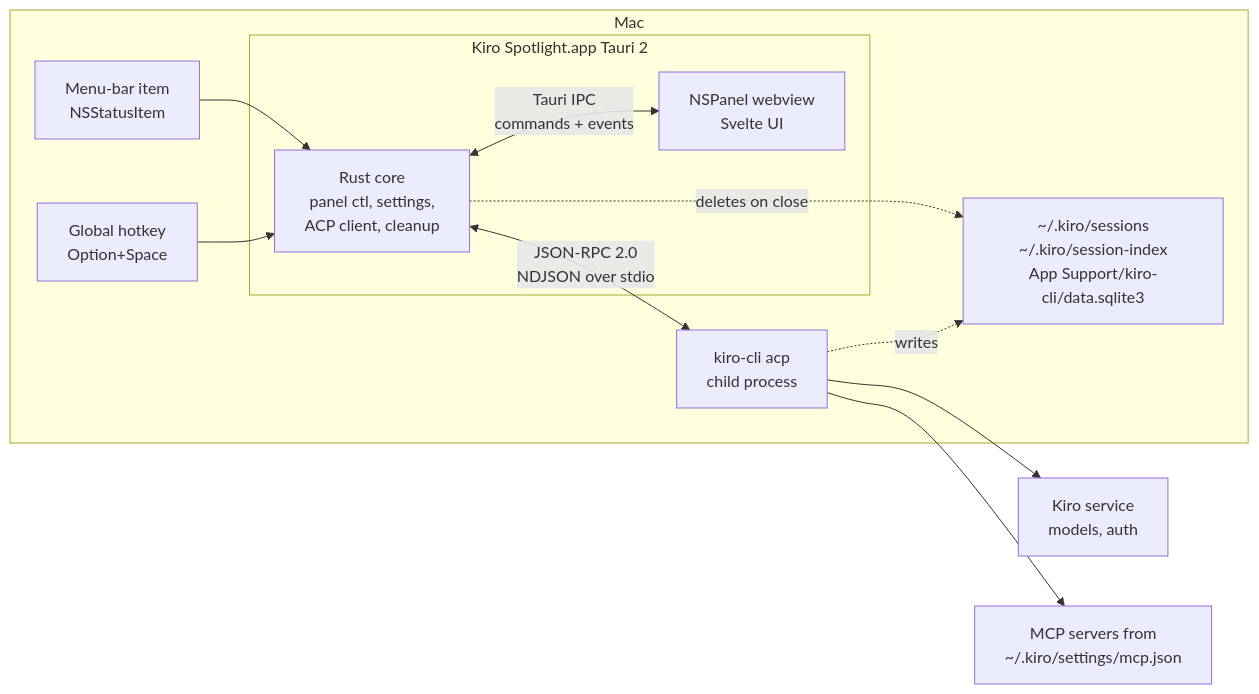
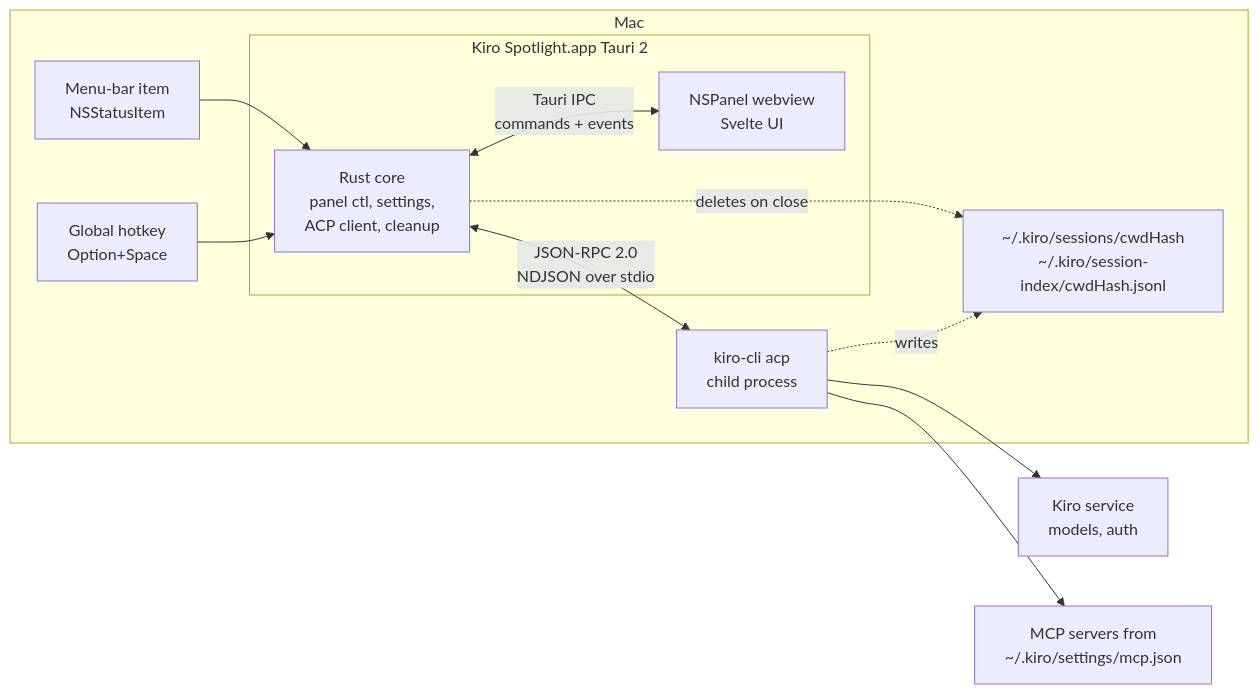
One commit to srbhgjr/kiro-spotlight changed the first of 2 diagrams in docs/ARCHITECTURE.md. Above: the diagram before and after it, drawn with Mermaid. The commit also changed other lines of this file, not shown here.

First line of the commit message:
docs: record kiro-cli ACP storage findings

````diff
--- a/docs/ARCHITECTURE.md
+++ b/docs/ARCHITECTURE.md
@@ -27,24 +27,24 @@
 ```mermaid
 flowchart LR
   subgraph Mac
     HK[Global hotkey<br/>Option+Space]
     MB[Menu-bar item<br/>NSStatusItem]
     subgraph App[Kiro Spotlight.app Tauri 2]
       P[NSPanel webview<br/>Svelte UI]
       C[Rust core<br/>panel ctl, settings,<br/>ACP client, cleanup]
     end
     K[kiro-cli acp<br/>child process]
-    FS[~/.kiro/sessions<br/>~/.kiro/session-index<br/>App Support/kiro-cli/data.sqlite3]
+    FS[~/.kiro/sessions/cwdHash<br/>~/.kiro/session-index/cwdHash.jsonl]
   end
   Cloud[Kiro service<br/>models, auth]
   MCP[MCP servers from<br/>~/.kiro/settings/mcp.json]
 
   HK --> C
   MB --> C
   C <-->|Tauri IPC<br/>commands + events| P
   C <-->|JSON-RPC 2.0<br/>NDJSON over stdio| K
   K --> Cloud
   K --> MCP
   K -.writes.-> FS
   C -.deletes on close.-> FS
 ```
````
